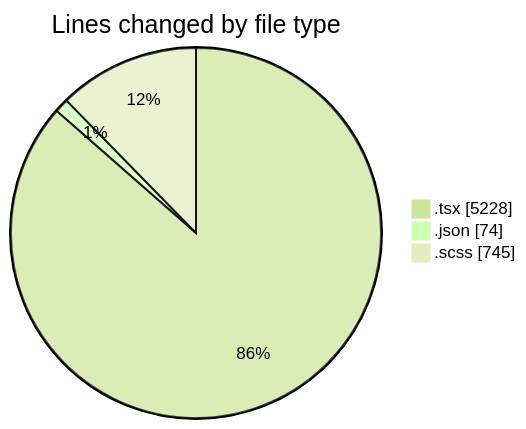
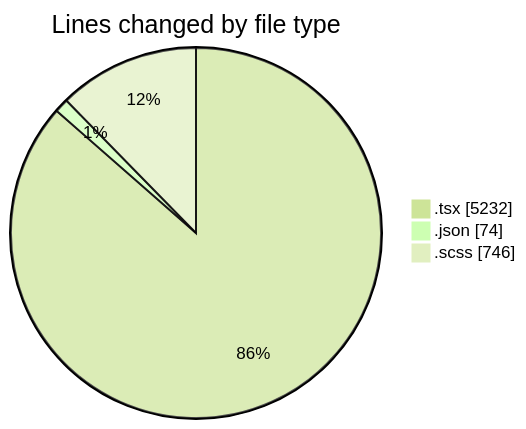
Before and after one commit to momahboobian/code-tracking: the first of 2 diagrams in 2025-04-08/cda/README.md, drawn with Mermaid (forest theme). The commit also changed other lines of this file and 1 other file, not shown here.

````diff
--- a/2025-04-08/cda/README.md
+++ b/2025-04-08/cda/README.md
@@ -36,7 +36,7 @@
 ```mermaid
 pie showData
 title Lines changed by file type
-".tsx" : 5228
+".tsx" : 5232
 ".json" : 74
-".scss" : 745
+".scss" : 746
 ```
````
